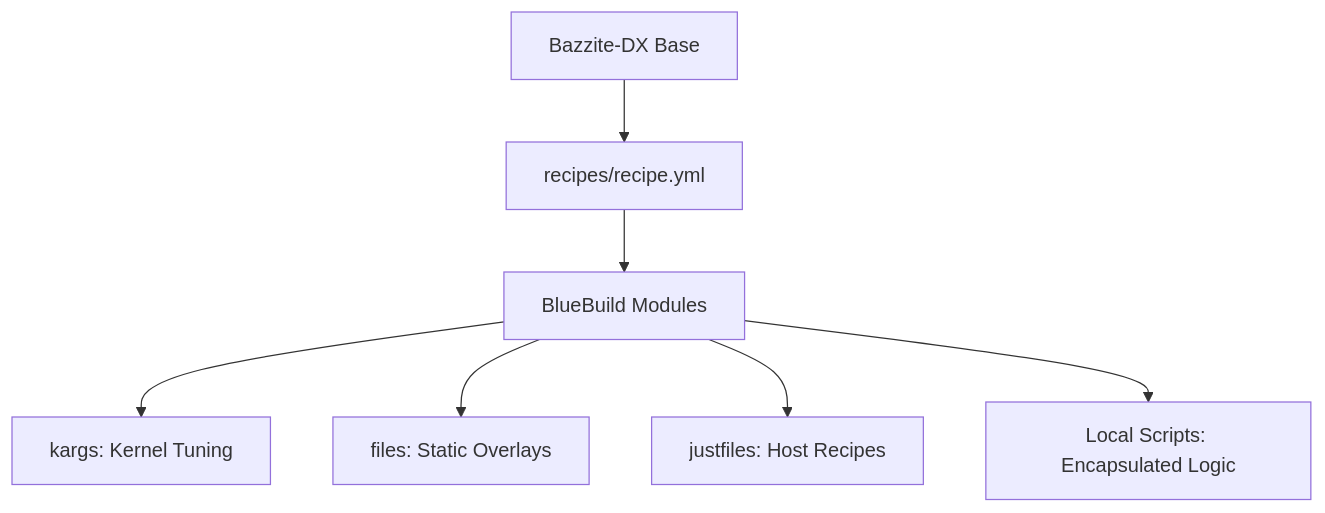
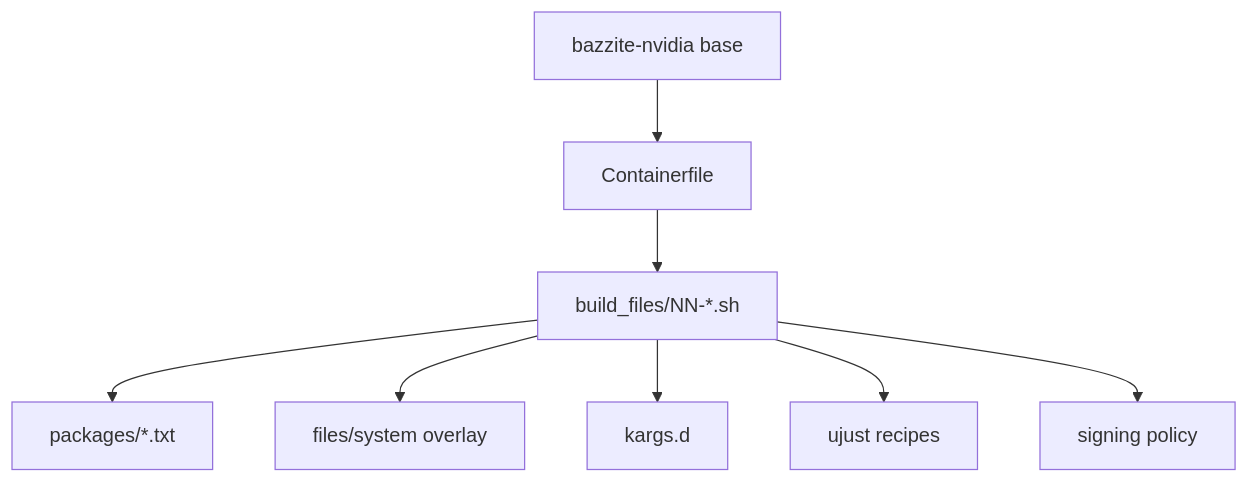
One commit to nklowns/bazzite-dx-silver-goggles changed the diagram in README.md. Above: the diagram before and after it, drawn with Mermaid. The commit also changed other lines of this file and 27 other files, not shown here.

````diff
--- a/README.md
+++ b/README.md
@@ -24,9 +24,10 @@
 ```mermaid
 graph TD
-    A[Bazzite-DX Base] --> B[recipes/recipe.yml]
-    B --> C[BlueBuild Modules]
-    C --> C1[kargs: Kernel Tuning]
-    C --> C2[files: Static Overlays]
-    C --> C5[justfiles: Host Recipes]
-    C --> C6[Local Scripts: Encapsulated Logic]
+    A[bazzite-nvidia base] --> B[Containerfile]
+    B --> C[build_files/NN-*.sh]
+    C --> C1[packages/*.txt]
+    C --> C2[files/system overlay]
+    C --> C3[kargs.d]
+    C --> C4[ujust recipes]
+    C --> C5[signing policy]
 ```
````
